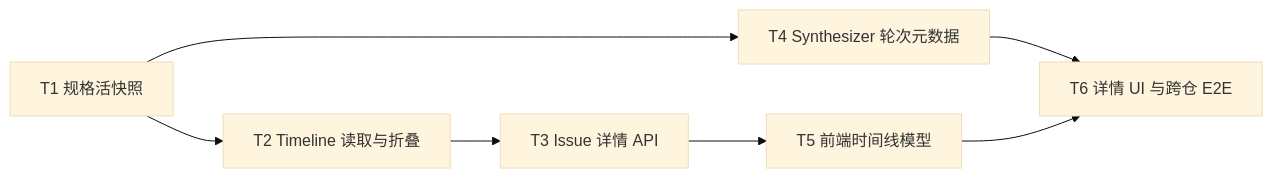
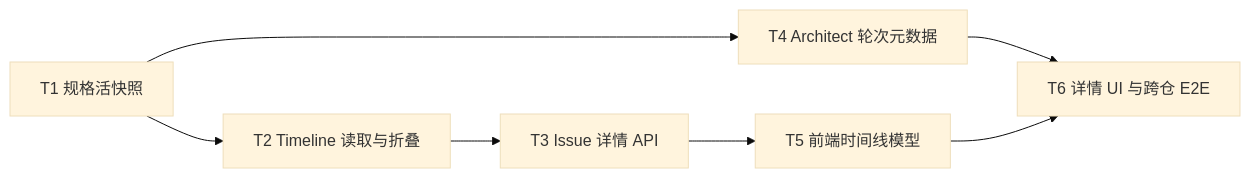
One commit to Curry09/AHE-Beta changed the diagram in docs/specs/0039-issue-state-timeline.md. Above: the diagram before and after it, drawn with Mermaid (base theme). The commit also changed other lines of this file and 780 other files, not shown here.

Commit message:
refactor: align AHE-Beta branding and Architect naming (#75)

````diff
--- a/docs/specs/0039-issue-state-timeline.md
+++ b/docs/specs/0039-issue-state-timeline.md
@@ -292,15 +292,15 @@
 ```mermaid
 graph LR
   T1[T1 规格活快照]
   T2[T2 Timeline 读取与折叠]
   T3[T3 Issue 详情 API]
-  T4[T4 Synthesizer 轮次元数据]
+  T4[T4 Architect 轮次元数据]
   T5[T5 前端时间线模型]
   T6[T6 详情 UI 与跨仓 E2E]
   T1 --> T2
   T1 --> T4
   T2 --> T3
   T3 --> T5
   T4 --> T6
   T5 --> T6
 ```
````
